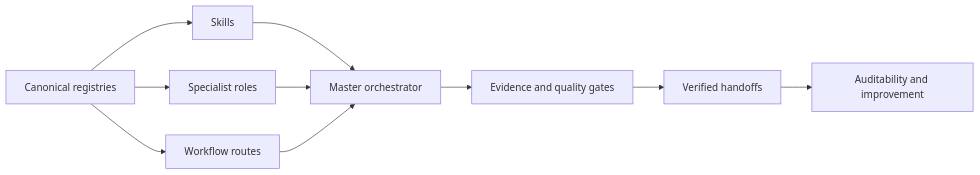
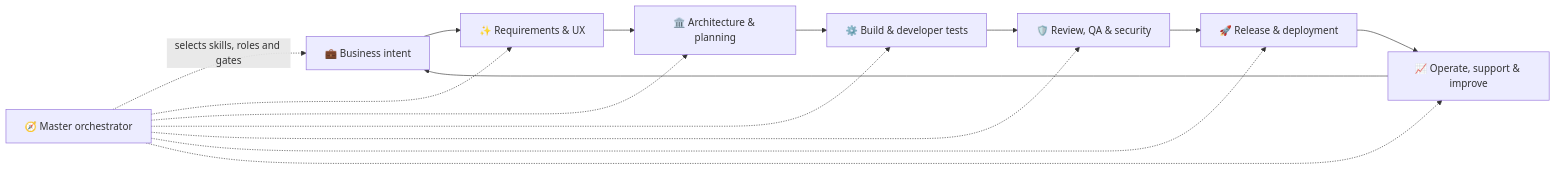
The first of 3 diagrams in README.md (kirubaharan181/sdlc-agentic-skills), drawn with Mermaid before and after one commit. The commit also changed other lines of this file, not shown here.

Commit message:
docs: enrich README with SDLC domains and workflow maps

````diff
--- a/README.md
+++ b/README.md
@@ -71,12 +46,18 @@
-~~~mermaid
+```mermaid
 flowchart LR
-    A[Canonical registries] --> B[Skills]
-    A --> C[Specialist roles]
-    A --> D[Workflow routes]
-    B --> E[Master orchestrator]
-    C --> E
-    D --> E
-    E --> F[Evidence and quality gates]
-    F --> G[Verified handoffs]
-    G --> H[Auditability and improvement]
-~~~
+    A["💼 Business intent"] --> B["✨ Requirements & UX"]
+    B --> C["🏛️ Architecture & planning"]
+    C --> D["⚙️ Build & developer tests"]
+    D --> E["🛡️ Review, QA & security"]
+    E --> F["🚀 Release & deployment"]
+    F --> G["📈 Operate, support & improve"]
+    G --> A
+
+    O["🧭 Master orchestrator"] -. "selects skills, roles and gates" .-> A
+    O -.-> B
+    O -.-> C
+    O -.-> D
+    O -.-> E
+    O -.-> F
+    O -.-> G
+```
````
